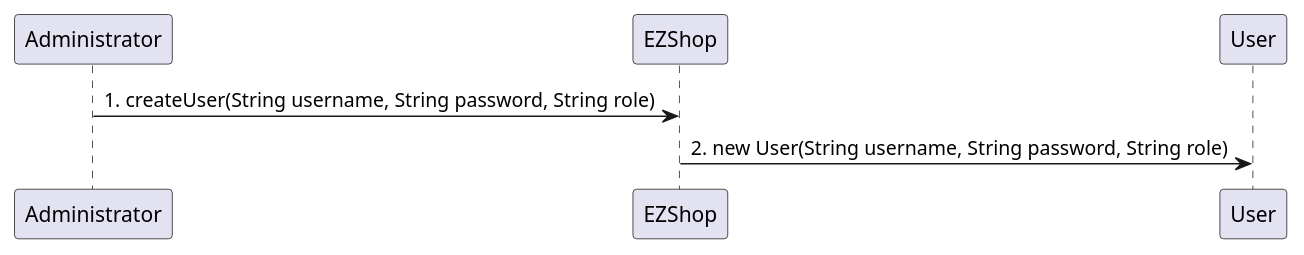
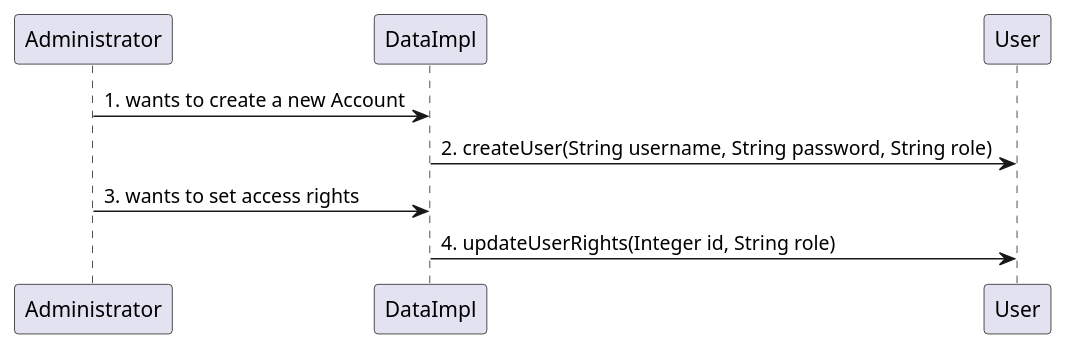
Before and after one commit to djemar/softeng_ezshop: the sixth of 16 diagrams in Deliverables/DesignDocument.md, drawn with PlantUML. The commit also changed other lines of this file, not shown here.

Commit message:
Verification sequence diagrams part 2

````diff
--- a/Deliverables/DesignDocument.md
+++ b/Deliverables/DesignDocument.md
@@ -273,4 +292,6 @@
 ```plantuml
-"Administrator" -> "EZShop": 1. createUser(String username, String password, String role)
-"EZShop" -> "User": 2. new User(String username, String password, String role)
+"Administrator" -> "DataImpl": 1. wants to create a new Account
+"DataImpl" -> "User": 2. createUser(String username, String password, String role)
+"Administrator" -> "DataImpl": 3. wants to set access rights 
+"DataImpl" -> "User": 4. updateUserRights(Integer id, String role)
 ```
````
